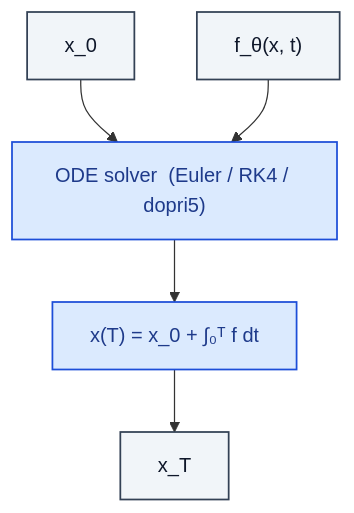
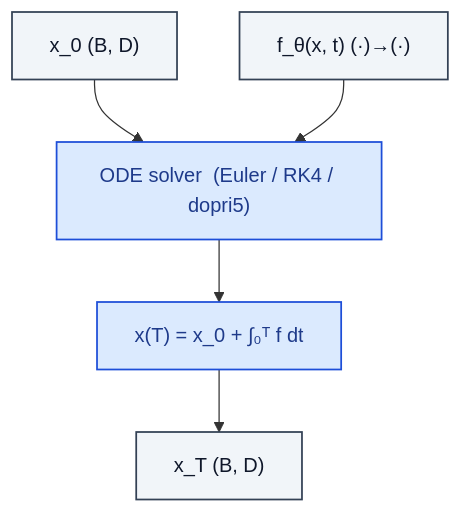
One commit to RealityShifts/Srivastava-book-of-Blocks-diagrams changed the diagram in specialized/NeuralODE.md. Above: the diagram before and after it, drawn with Mermaid. The commit also changed 123 other files, not shown here.

````diff
--- a/specialized/NeuralODE.md
+++ b/specialized/NeuralODE.md
@@ -7,21 +7,22 @@
 ```mermaid
 flowchart TD
-    n0_0["x_0"]:::io
-    n0_1["f_θ(x, t)"]:::io
+    n0_0["x_0  (B, D)"]:::io
+    n0_1["f_θ(x, t)  (·)→(·)"]:::io
     n1_0["ODE solver  (Euler / RK4 / dopri5)"]:::op
     n2_0["x(T) = x_0 + ∫₀ᵀ f dt"]:::op
-    n3_0["x_T"]:::io
+    n3_0["x_T  (B, D)"]:::io
     n0_0 --> n1_0
     n0_1 --> n1_0
     n1_0 --> n2_0
     n2_0 --> n3_0
     classDef io fill:#f1f5f9,stroke:#334155,stroke-width:1.4px,color:#0f172a
     classDef op fill:#dbeafe,stroke:#1d4ed8,stroke-width:1.4px,color:#1e3a8a
     classDef norm fill:#dcfce7,stroke:#15803d,stroke-width:1.4px,color:#14532d
     classDef act fill:#ffedd5,stroke:#c2410c,stroke-width:1.4px,color:#7c2d12
     classDef attn fill:#ede9fe,stroke:#6d28d9,stroke-width:1.4px,color:#4c1d95
     classDef merge fill:#fef3c7,stroke:#b45309,stroke-width:1.4px,color:#78350f
     classDef emb fill:#fef9c3,stroke:#a16207,stroke-width:1.4px,color:#713f12
     classDef loss fill:#fee2e2,stroke:#b91c1c,stroke-width:1.4px,color:#7f1d1d
     classDef ctrl fill:#f5f5f4,stroke:#52525b,stroke-width:1.4px,color:#27272a
+    classDef ref fill:#e0f2fe,stroke:#0369a1,stroke-width:2px,color:#0c4a6e,stroke-dasharray: 4 2
 ```
````
